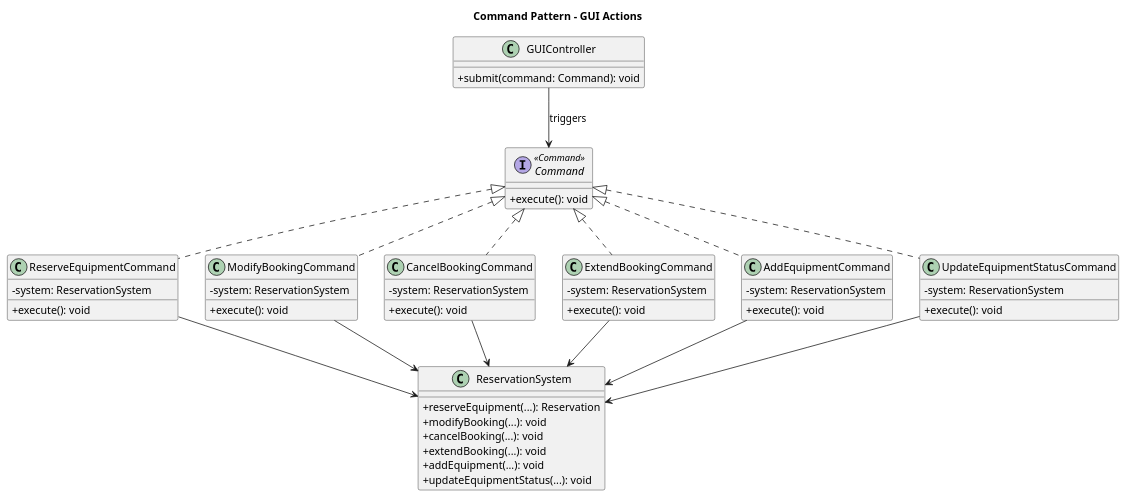
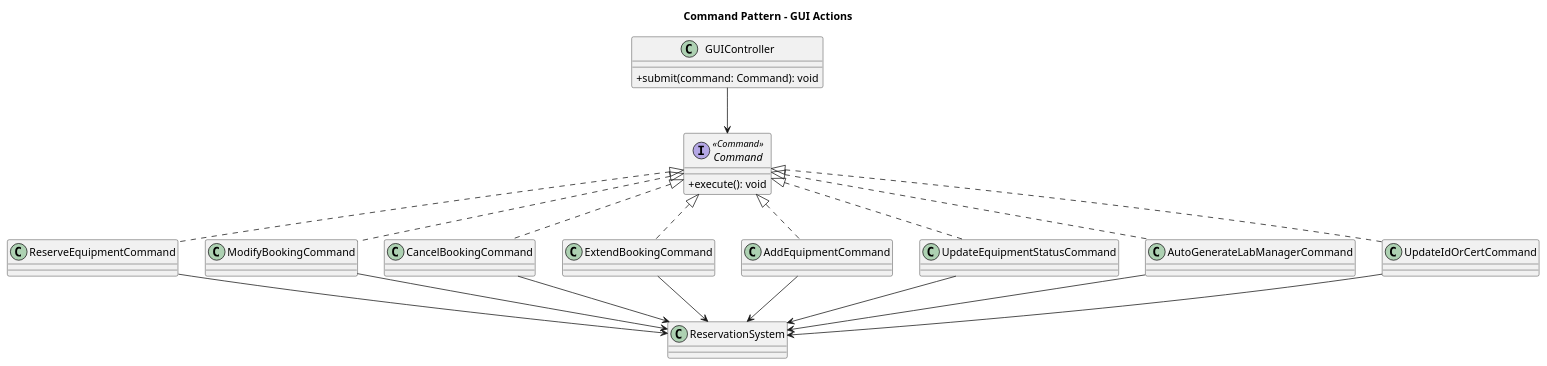
One commit to Decpalm/EECS_3311_Reservation_System changed the diagram in diagrams/plantuml/figure6_command.puml. Above: the diagram before and after it, drawn with PlantUML.

```diff
--- a/diagrams/plantuml/figure6_command.puml
+++ b/diagrams/plantuml/figure6_command.puml
@@ -1,68 +1,44 @@
 @startuml
 title Command Pattern - GUI Actions
 
 skinparam classAttributeIconSize 0
 skinparam shadowing false
 
 interface Command <<Command>> {
   + execute(): void
 }
 
-class ReserveEquipmentCommand {
-  - system: ReservationSystem
-  + execute(): void
-}
-
-class ModifyBookingCommand {
-  - system: ReservationSystem
-  + execute(): void
-}
-
-class CancelBookingCommand {
-  - system: ReservationSystem
-  + execute(): void
-}
-
-class ExtendBookingCommand {
-  - system: ReservationSystem
-  + execute(): void
-}
-
-class AddEquipmentCommand {
-  - system: ReservationSystem
-  + execute(): void
-}
-
-class UpdateEquipmentStatusCommand {
-  - system: ReservationSystem
-  + execute(): void
-}
+class ReserveEquipmentCommand
+class ModifyBookingCommand
+class CancelBookingCommand
+class ExtendBookingCommand
+class AddEquipmentCommand
+class UpdateEquipmentStatusCommand
+class AutoGenerateLabManagerCommand
+class UpdateIdOrCertCommand
 
 class GUIController {
   + submit(command: Command): void
 }
 
-class ReservationSystem {
-  + reserveEquipment(...): Reservation
-  + modifyBooking(...): void
-  + cancelBooking(...): void
-  + extendBooking(...): void
-  + addEquipment(...): void
-  + updateEquipmentStatus(...): void
-}
+class ReservationSystem
 
 Command <|.. ReserveEquipmentCommand
 Command <|.. ModifyBookingCommand
 Command <|.. CancelBookingCommand
 Command <|.. ExtendBookingCommand
 Command <|.. AddEquipmentCommand
 Command <|.. UpdateEquipmentStatusCommand
+Command <|.. AutoGenerateLabManagerCommand
+Command <|.. UpdateIdOrCertCommand
 
-GUIController --> Command : triggers
+GUIController --> Command
 ReserveEquipmentCommand --> ReservationSystem
 ModifyBookingCommand --> ReservationSystem
 CancelBookingCommand --> ReservationSystem
 ExtendBookingCommand --> ReservationSystem
 AddEquipmentCommand --> ReservationSystem
 UpdateEquipmentStatusCommand --> ReservationSystem
+AutoGenerateLabManagerCommand --> ReservationSystem
+UpdateIdOrCertCommand --> ReservationSystem
 @enduml
```
